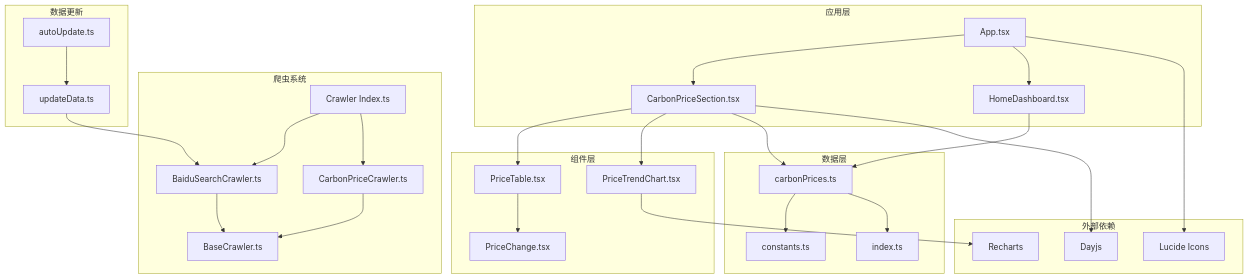
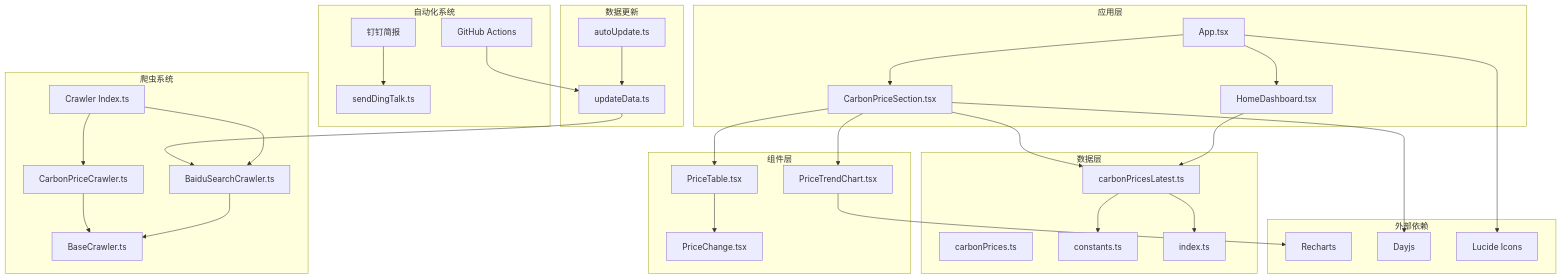
Before and after one commit to liangxuanliang-cmd/carbon-info-agent: the first of 18 diagrams in .qoder/repowiki/zh/content/功能模块/碳价格监控模块.md, drawn with Mermaid. The commit also changed other lines of this file and 21 other files, not shown here.

````diff
--- a/.qoder/repowiki/zh/content/功能模块/碳价格监控模块.md
+++ b/.qoder/repowiki/zh/content/功能模块/碳价格监控模块.md
@@ -55,51 +61,59 @@
 ```mermaid
 graph TB
 subgraph "应用层"
 App[App.tsx]
 CarbonPriceSection[CarbonPriceSection.tsx]
 HomeDashboard[HomeDashboard.tsx]
 end
 subgraph "数据层"
+carbonPricesLatest[carbonPricesLatest.ts]
 carbonPrices[carbonPrices.ts]
 constants[constants.ts]
 types[index.ts]
 end
 subgraph "组件层"
 PriceTable[PriceTable.tsx]
 PriceTrendChart[PriceTrendChart.tsx]
 PriceChange[PriceChange.tsx]
+end
+subgraph "自动化系统"
+DailyUpdate[GitHub Actions]
+DailyReport[钉钉简报]
+SendDingTalk[sendDingTalk.ts]
 end
 subgraph "爬虫系统"
 BaiduSearchCrawler[BaiduSearchCrawler.ts]
 CarbonPriceCrawler[CarbonPriceCrawler.ts]
 BaseCrawler[BaseCrawler.ts]
 CrawlerIndex[Crawler Index.ts]
 end
 subgraph "数据更新"
 UpdateData[updateData.ts]
 AutoUpdate[autoUpdate.ts]
 end
 subgraph "外部依赖"
 Recharts[Recharts]
 Dayjs[Dayjs]
 Lucide[Lucide Icons]
 end
 App --> CarbonPriceSection
 App --> HomeDashboard
 CarbonPriceSection --> PriceTable
 CarbonPriceSection --> PriceTrendChart
-HomeDashboard --> carbonPrices
+HomeDashboard --> carbonPricesLatest
 PriceTable --> PriceChange
-CarbonPriceSection --> carbonPrices
-carbonPrices --> constants
-carbonPrices --> types
+CarbonPriceSection --> carbonPricesLatest
+carbonPricesLatest --> constants
+carbonPricesLatest --> types
 PriceTrendChart --> Recharts
 CarbonPriceSection --> Dayjs
 App --> Lucide
 CrawlerIndex --> BaiduSearchCrawler
 CrawlerIndex --> CarbonPriceCrawler
 BaiduSearchCrawler --> BaseCrawler
 CarbonPriceCrawler --> BaseCrawler
 UpdateData --> BaiduSearchCrawler
 AutoUpdate --> UpdateData
+DailyUpdate --> UpdateData
+DailyReport --> SendDingTalk
 ```
````
